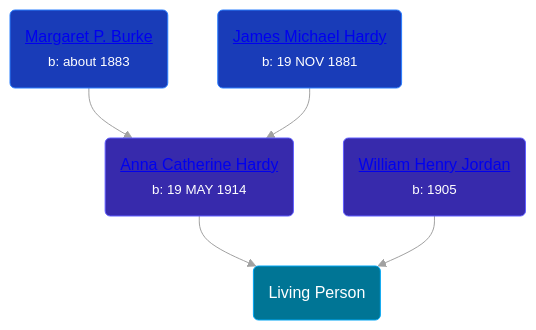
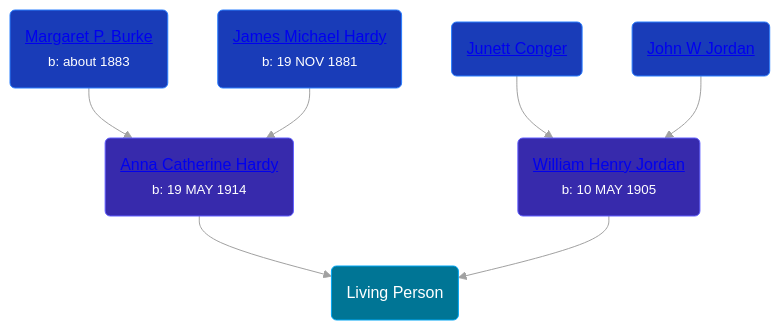
The diagram in pages/people/1/16458922.md (wpmgotkh/wpmgotkh.github.io), drawn with Mermaid before and after one commit. The commit also changed 257 other files, not shown here.

````diff
--- a/pages/people/1/16458922.md
+++ b/pages/people/1/16458922.md
@@ -10,12 +10,14 @@
 ```mermaid
 graph
 classDef grands fill:#193cb8,stroke:#2b7fff,stroke-width:1px,color:#fff;
 classDef parents fill:#372aac,stroke:#615fff,stroke-width:1px,color:#fff;
 classDef primary fill:#007595,stroke:#00a6f4,stroke-width:1px,color:#fff;
 16458922(Living Person):::primary
 25919759(<a class="text-white" href="/people/2/25919759">Anna Catherine Hardy</a><br /><small>b: 19 MAY 1914</small>):::parents-->16458922
 29782872(<a class="text-white" href="/people/2/29782872">Margaret P. Burke</a><br /><small>b: about 1883</small>):::grands-->25919759
 11204316(<a class="text-white" href="/people/1/11204316">James Michael Hardy</a><br /><small>b: 19 NOV 1881</small>):::grands-->25919759
-32091032(<a class="text-white" href="/people/3/32091032">William Henry Jordan</a><br /><small>b: 1905</small>):::parents-->16458922
+32091032(<a class="text-white" href="/people/3/32091032">William Henry Jordan</a><br /><small>b: 10 MAY 1905</small>):::parents-->16458922
+55321016(<a class="text-white" href="/people/5/55321016">Junett Conger</a>):::grands-->32091032
+97595723(<a class="text-white" href="/people/9/97595723">John W Jordan</a>):::grands-->32091032
 linkStyle default stroke:#a1a1a1
 ```
````
